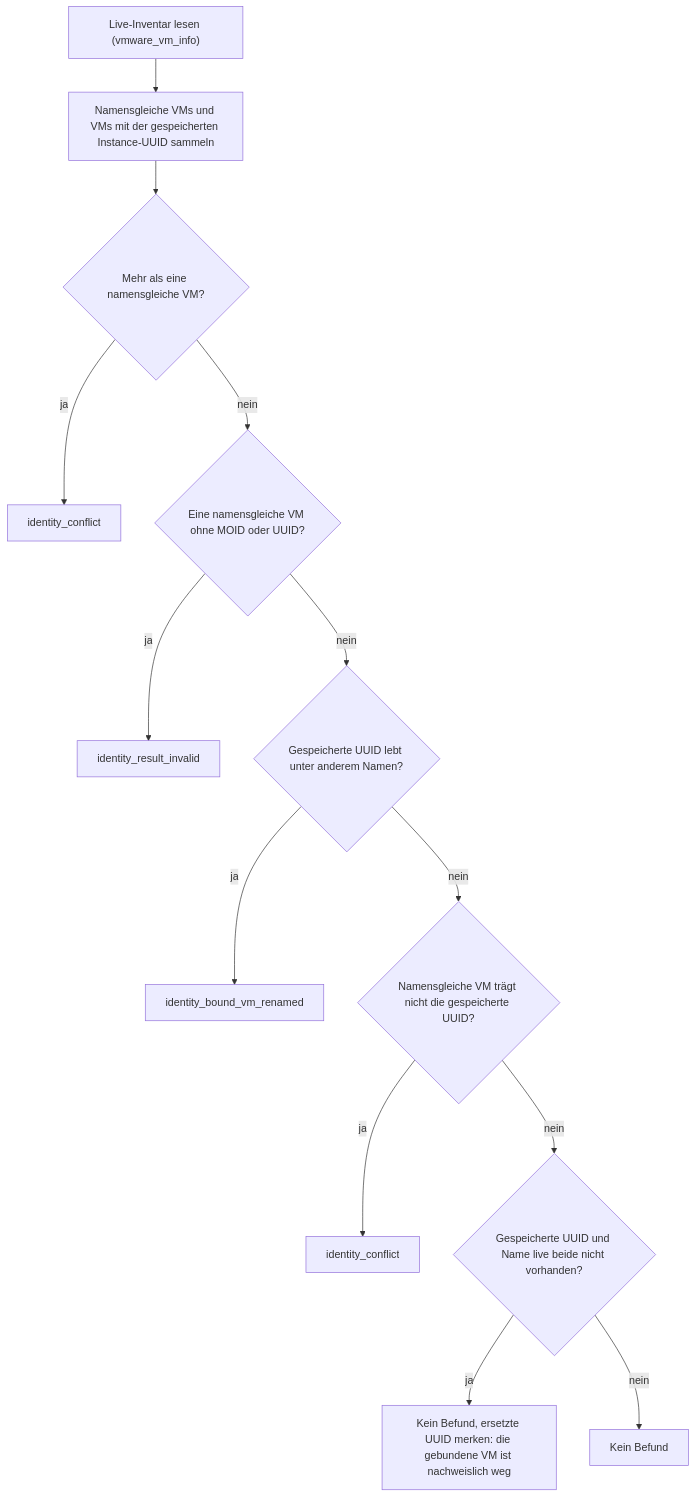
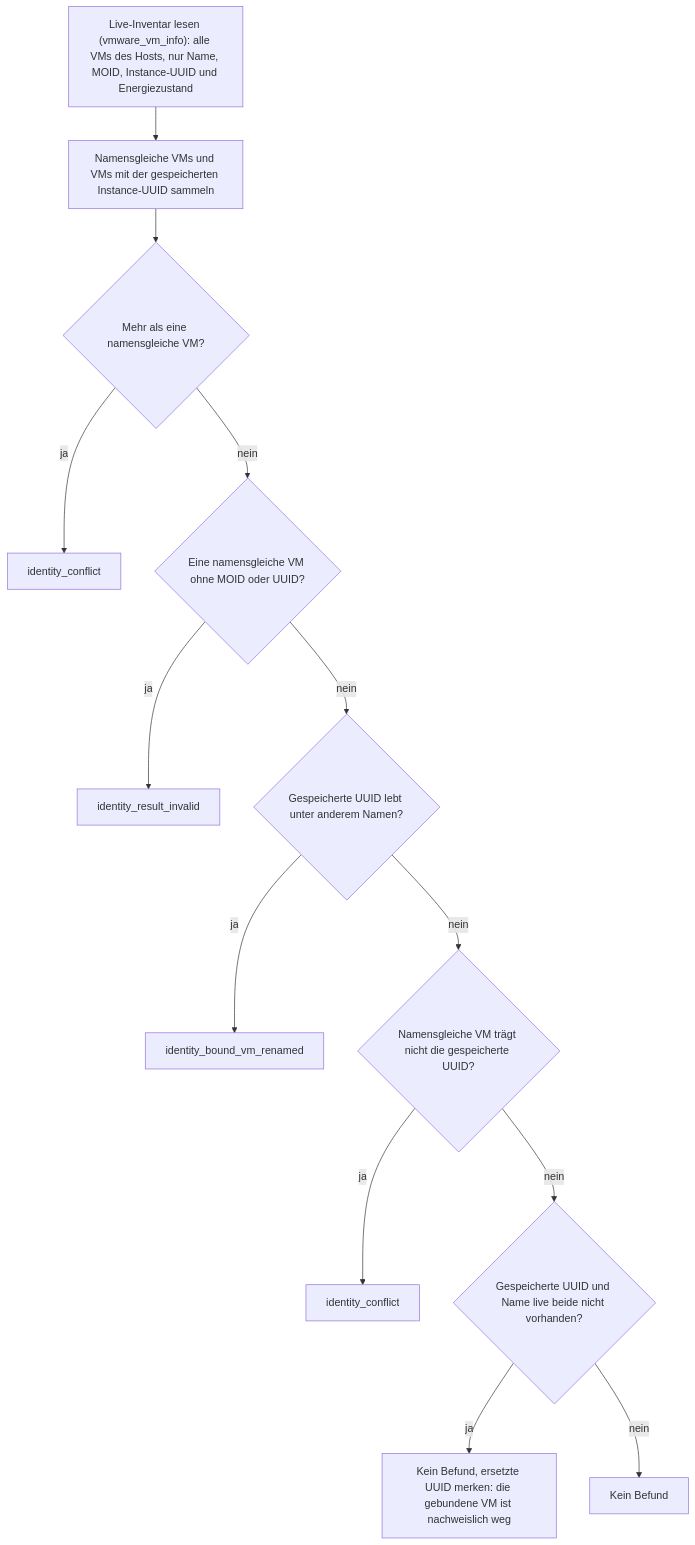
One commit to Samy94M/VirtuSphere-v2-WebApp changed the fifth of 13 diagrams in docs/operations/deploy-flows.md. Above: the diagram before and after it, drawn with Mermaid. The commit also changed other lines of this file and 13 other files, not shown here.

````diff
--- a/docs/operations/deploy-flows.md
+++ b/docs/operations/deploy-flows.md
@@ -250,15 +250,15 @@
 ```mermaid
 flowchart TD
-  A["Live-Inventar lesen (vmware_vm_info)"] --> B["Namensgleiche VMs und VMs mit der gespeicherten Instance-UUID sammeln"]
+  A["Live-Inventar lesen (vmware_vm_info): alle VMs des Hosts, nur Name, MOID, Instance-UUID und Energiezustand"] --> B["Namensgleiche VMs und VMs mit der gespeicherten Instance-UUID sammeln"]
   B --> C{"Mehr als eine namensgleiche VM?"}
   C -->|ja| C1["identity_conflict"]
   C -->|nein| D{"Eine namensgleiche VM ohne MOID oder UUID?"}
   D -->|ja| D1["identity_result_invalid"]
   D -->|nein| E{"Gespeicherte UUID lebt unter anderem Namen?"}
   E -->|ja| E1["identity_bound_vm_renamed"]
   E -->|nein| F{"Namensgleiche VM trägt nicht die gespeicherte UUID?"}
   F -->|ja| F1["identity_conflict"]
   F -->|nein| G{"Gespeicherte UUID und Name live beide nicht vorhanden?"}
   G -->|ja| G1["Kein Befund, ersetzte UUID merken: die gebundene VM ist nachweislich weg"]
   G -->|nein| G2["Kein Befund"]
 ```
````
